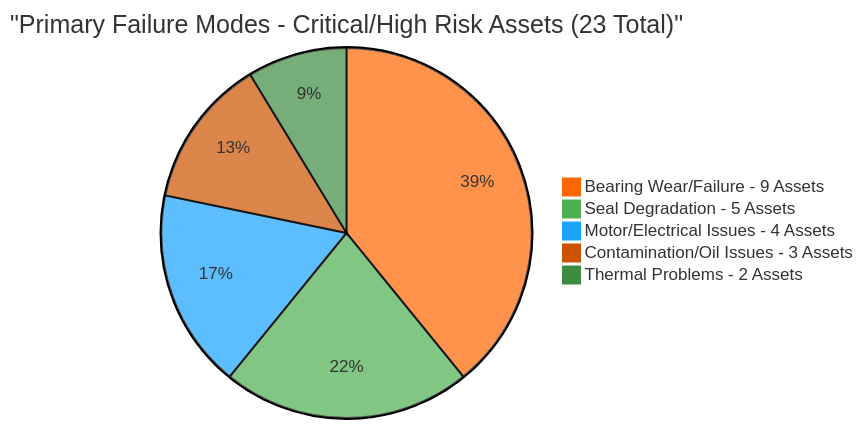
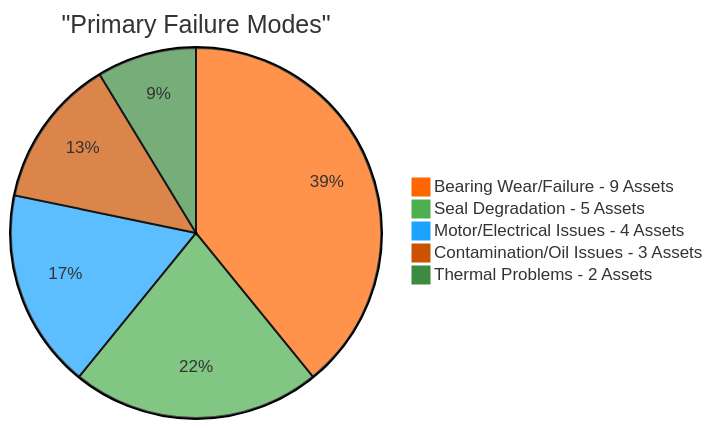
One commit to StephanieHepp/Risk-Assessment changed the fourth of 4 diagrams in risk_assessment_report/monthly_overview_risk_assessment_report_V0.md. Above: the diagram before and after it, drawn with Mermaid.

````diff
--- a/risk_assessment_report/monthly_overview_risk_assessment_report_V0.md
+++ b/risk_assessment_report/monthly_overview_risk_assessment_report_V0.md
@@ -95,9 +95,9 @@
 ```mermaid
 %%{init: {'theme':'base', 'themeVariables': {'primaryColor':'#ff6600', 'secondaryColor':'#4CAF50'}}}%%
-pie title "Primary Failure Modes - Critical/High Risk Assets (23 Total)"
+pie title "Primary Failure Modes"
     "Bearing Wear/Failure - 9 Assets" : 9
     "Seal Degradation - 5 Assets" : 5
     "Motor/Electrical Issues - 4 Assets" : 4
     "Contamination/Oil Issues - 3 Assets" : 3
     "Thermal Problems - 2 Assets" : 2
 ```
````
